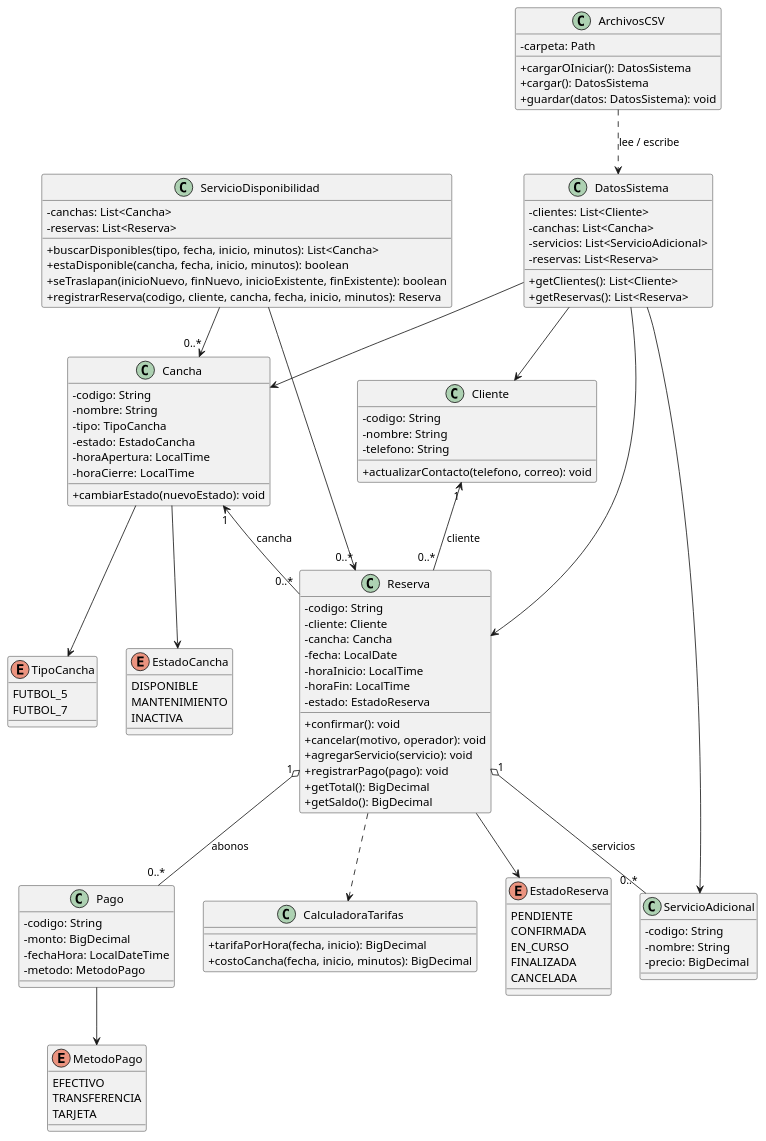
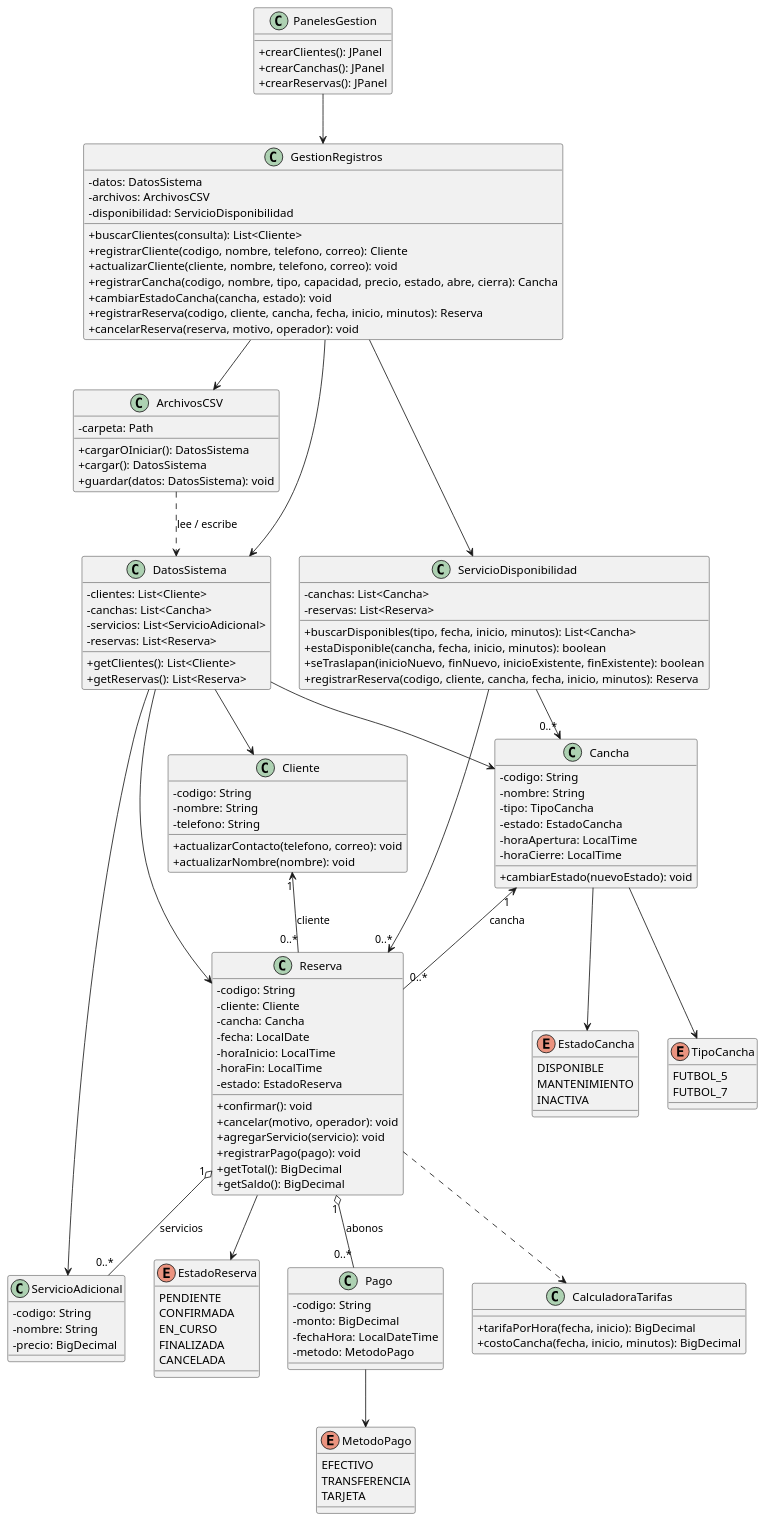
One commit to CacheJR/Proyecto-Programacion-II changed the diagram in diagrama_clases.puml. Above: the diagram before and after it, drawn with PlantUML. The commit also changed 7 other files, not shown here.

Commit message:
Avance 06: formularios de clientes, canchas y reservas

```diff
--- a/diagrama_clases.puml
+++ b/diagrama_clases.puml
@@ -1,107 +1,129 @@
 @startuml
 skinparam classAttributeIconSize 0
 class Cliente {
   - codigo: String
   - nombre: String
   - telefono: String
   + actualizarContacto(telefono, correo): void
+  + actualizarNombre(nombre): void
 }
 class Cancha {
   - codigo: String
   - nombre: String
   - tipo: TipoCancha
   - estado: EstadoCancha
   - horaApertura: LocalTime
   - horaCierre: LocalTime
   + cambiarEstado(nuevoEstado): void
 }
 class Reserva {
   - codigo: String
   - cliente: Cliente
   - cancha: Cancha
   - fecha: LocalDate
   - horaInicio: LocalTime
   - horaFin: LocalTime
   - estado: EstadoReserva
   + confirmar(): void
   + cancelar(motivo, operador): void
   + agregarServicio(servicio): void
   + registrarPago(pago): void
   + getTotal(): BigDecimal
   + getSaldo(): BigDecimal
 }
 class Pago {
   - codigo: String
   - monto: BigDecimal
   - fechaHora: LocalDateTime
   - metodo: MetodoPago
 }
 class ServicioAdicional {
   - codigo: String
   - nombre: String
   - precio: BigDecimal
 }
 class CalculadoraTarifas {
   + tarifaPorHora(fecha, inicio): BigDecimal
   + costoCancha(fecha, inicio, minutos): BigDecimal
 }
 enum MetodoPago {
   EFECTIVO
   TRANSFERENCIA
   TARJETA
 }
 Pago --> MetodoPago
 Reserva ..> CalculadoraTarifas
 class ServicioDisponibilidad {
   - canchas: List<Cancha>
   - reservas: List<Reserva>
   + buscarDisponibles(tipo, fecha, inicio, minutos): List<Cancha>
   + estaDisponible(cancha, fecha, inicio, minutos): boolean
   + seTraslapan(inicioNuevo, finNuevo, inicioExistente, finExistente): boolean
   + registrarReserva(codigo, cliente, cancha, fecha, inicio, minutos): Reserva
 }
 enum EstadoCancha {
  DISPONIBLE
  MANTENIMIENTO
  INACTIVA
 }
 enum EstadoReserva {
  PENDIENTE
  CONFIRMADA
  EN_CURSO
  FINALIZADA
  CANCELADA
 }
 enum TipoCancha {
  FUTBOL_5
  FUTBOL_7
 }
 Cliente "1" <-- "0..*" Reserva : cliente
 Cancha "1" <-- "0..*" Reserva : cancha
 Cancha --> EstadoCancha
 Cancha --> TipoCancha
 Reserva "1" o-- "0..*" Pago : abonos
 Reserva "1" o-- "0..*" ServicioAdicional : servicios
 Reserva --> EstadoReserva
 ServicioDisponibilidad --> "0..*" Cancha
 ServicioDisponibilidad --> "0..*" Reserva
+class GestionRegistros {
+  - datos: DatosSistema
+  - archivos: ArchivosCSV
+  - disponibilidad: ServicioDisponibilidad
+  + buscarClientes(consulta): List<Cliente>
+  + registrarCliente(codigo, nombre, telefono, correo): Cliente
+  + actualizarCliente(cliente, nombre, telefono, correo): void
+  + registrarCancha(codigo, nombre, tipo, capacidad, precio, estado, abre, cierra): Cancha
+  + cambiarEstadoCancha(cancha, estado): void
+  + registrarReserva(codigo, cliente, cancha, fecha, inicio, minutos): Reserva
+  + cancelarReserva(reserva, motivo, operador): void
+}
+class PanelesGestion {
+  + crearClientes(): JPanel
+  + crearCanchas(): JPanel
+  + crearReservas(): JPanel
+}
+PanelesGestion --> GestionRegistros
+GestionRegistros --> DatosSistema
+GestionRegistros --> ArchivosCSV
+GestionRegistros --> ServicioDisponibilidad
 class DatosSistema {
   - clientes: List<Cliente>
   - canchas: List<Cancha>
   - servicios: List<ServicioAdicional>
   - reservas: List<Reserva>
   + getClientes(): List<Cliente>
   + getReservas(): List<Reserva>
 }
 class ArchivosCSV {
   - carpeta: Path
   + cargarOIniciar(): DatosSistema
   + cargar(): DatosSistema
   + guardar(datos: DatosSistema): void
 }
 ArchivosCSV ..> DatosSistema : lee / escribe
 DatosSistema --> Cliente
 DatosSistema --> Cancha
 DatosSistema --> Reserva
 DatosSistema --> ServicioAdicional
 @enduml
```
